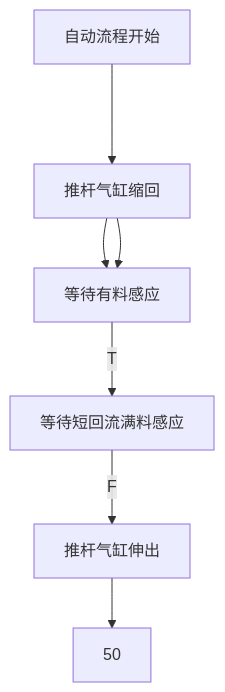
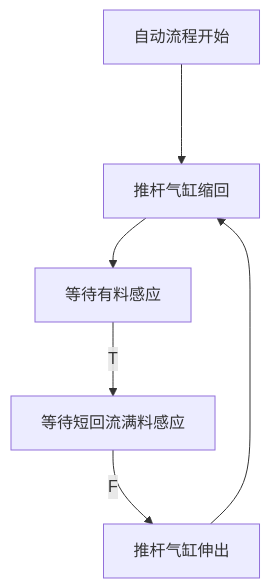
Before and after one commit to zmq000/iodraw-files: the diagram in all/未命名.md, drawn with Mermaid.

Commit message:
2026-06-17 20:52:31 update

````diff
--- a/all/未命名.md
+++ b/all/未命名.md
@@ -1,9 +1,8 @@
 ```mermaid
 graph TD
 自动流程开始--->10
 10[推杆气缸缩回]-->20
 20[等待有料感应]-->|T|30
 30[等待短回流满料感应]-->|F|40
-40[推杆气缸伸出]-->50
-10[推杆气缸缩回]-->20
+40[推杆气缸伸出]-->10
 ```
````
